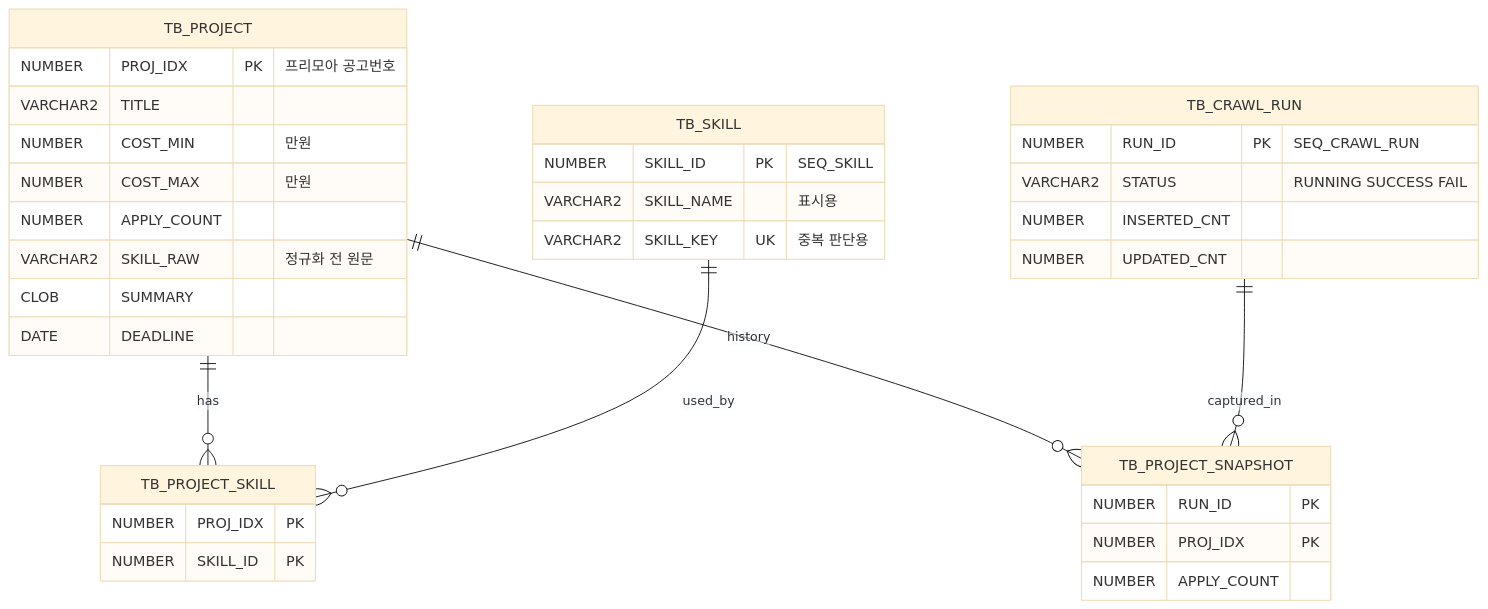
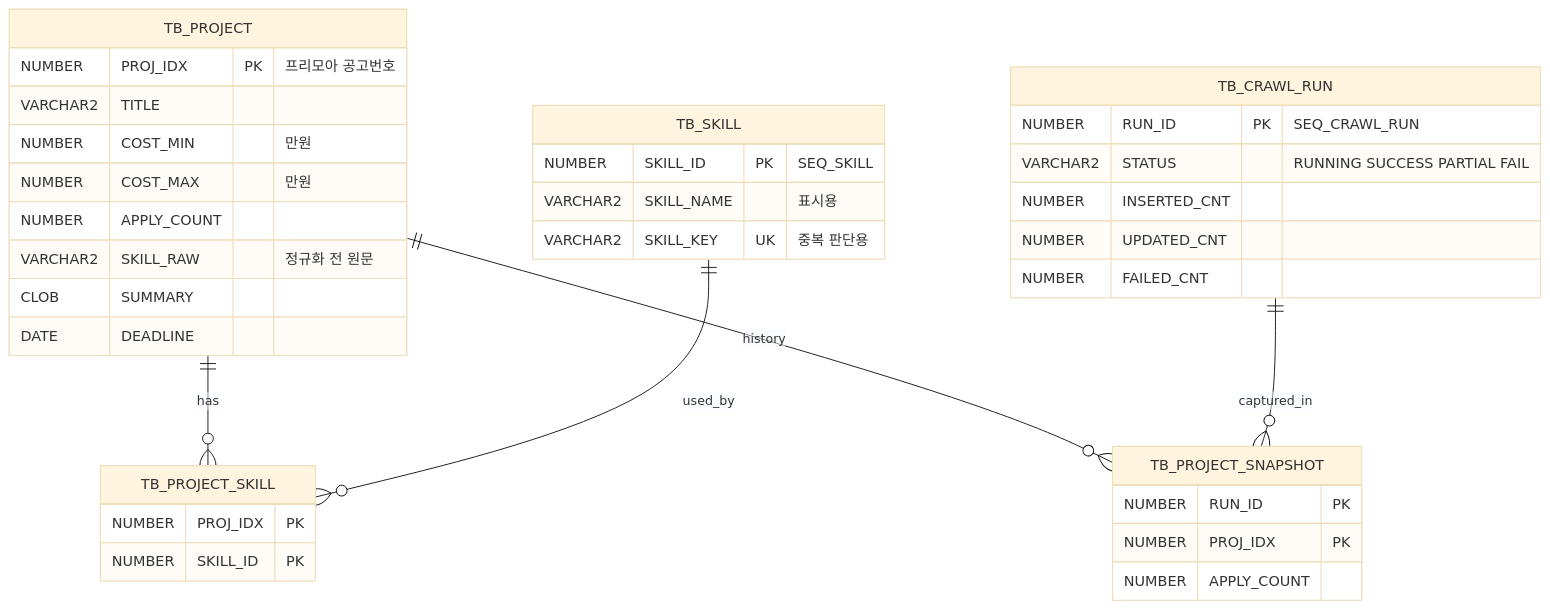
The second of 2 diagrams in README.md (lhk9311/00.freemoa_crawler), drawn with Mermaid (base theme) before and after one commit. The commit also changed other lines of this file and 21 other files, not shown here.

````diff
--- a/README.md
+++ b/README.md
@@ -141,38 +139,39 @@
 ```mermaid
 erDiagram
     TB_PROJECT ||--o{ TB_PROJECT_SKILL : "has"
     TB_SKILL ||--o{ TB_PROJECT_SKILL : "used_by"
     TB_PROJECT ||--o{ TB_PROJECT_SNAPSHOT : "history"
     TB_CRAWL_RUN ||--o{ TB_PROJECT_SNAPSHOT : "captured_in"
 
     TB_PROJECT {
         NUMBER PROJ_IDX PK "프리모아 공고번호"
         VARCHAR2 TITLE
         NUMBER COST_MIN "만원"
         NUMBER COST_MAX "만원"
         NUMBER APPLY_COUNT
         VARCHAR2 SKILL_RAW "정규화 전 원문"
         CLOB SUMMARY
         DATE DEADLINE
     }
     TB_SKILL {
         NUMBER SKILL_ID PK "SEQ_SKILL"
         VARCHAR2 SKILL_NAME "표시용"
         VARCHAR2 SKILL_KEY UK "중복 판단용"
     }
     TB_PROJECT_SKILL {
         NUMBER PROJ_IDX PK
         NUMBER SKILL_ID PK
     }
     TB_CRAWL_RUN {
         NUMBER RUN_ID PK "SEQ_CRAWL_RUN"
-        VARCHAR2 STATUS "RUNNING SUCCESS FAIL"
+        VARCHAR2 STATUS "RUNNING SUCCESS PARTIAL FAIL"
         NUMBER INSERTED_CNT
         NUMBER UPDATED_CNT
+        NUMBER FAILED_CNT
     }
     TB_PROJECT_SNAPSHOT {
         NUMBER RUN_ID PK
         NUMBER PROJ_IDX PK
         NUMBER APPLY_COUNT
     }
 ```
````
